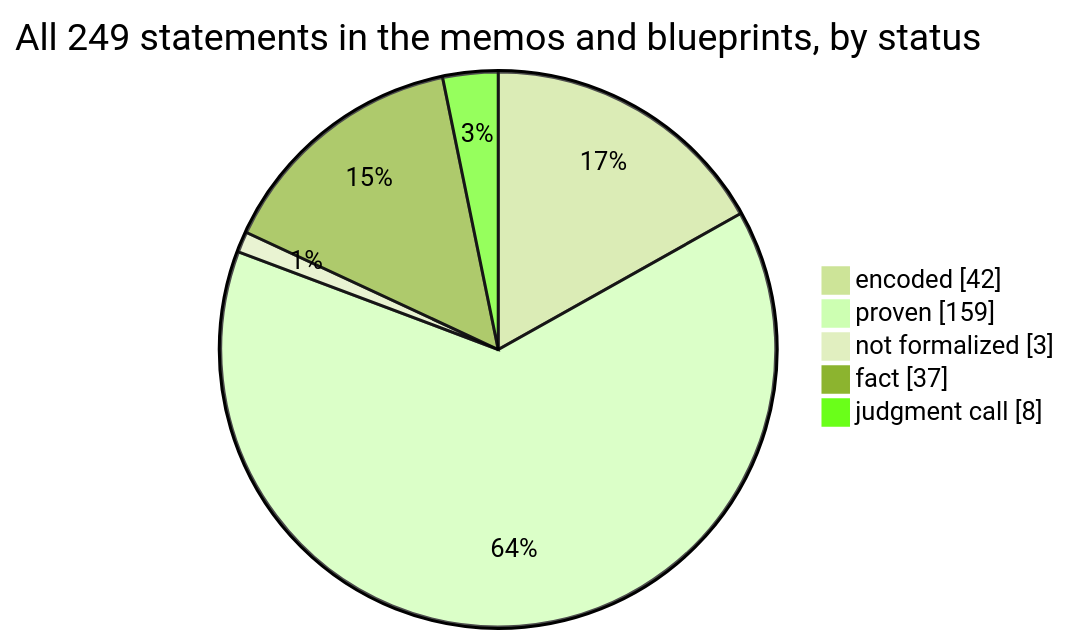
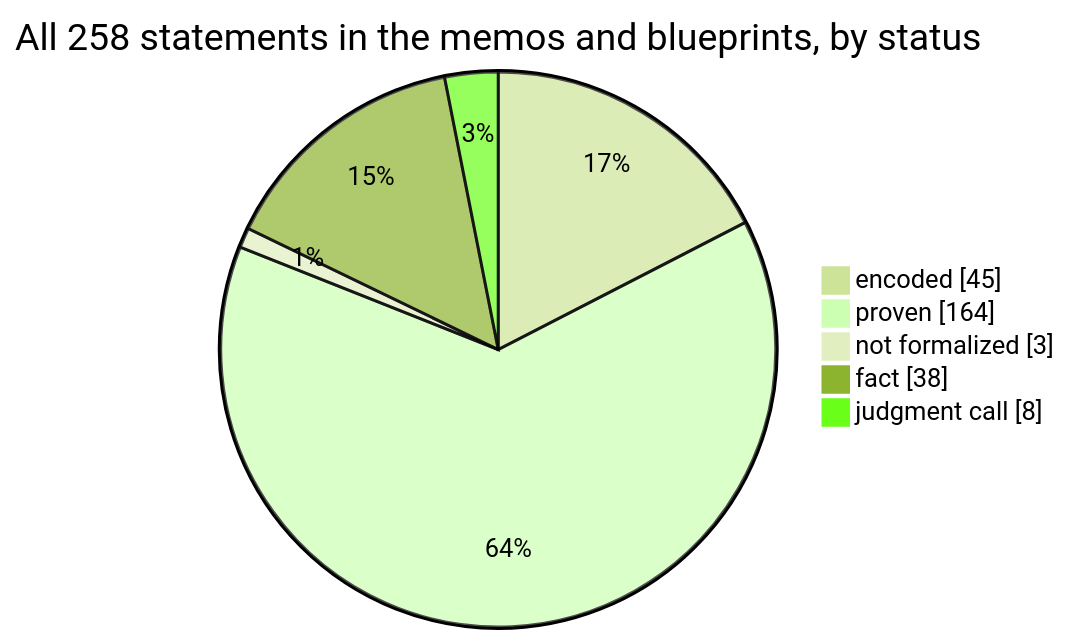
One commit to SeanWMurray/Canteen changed the first of 4 diagrams in docs/graphs/dashboard.md. Above: the diagram before and after it, drawn with Mermaid (forest theme). The commit also changed 9 other files, not shown here.

````diff
--- a/docs/graphs/dashboard.md
+++ b/docs/graphs/dashboard.md
@@ -11,8 +11,8 @@
 ```mermaid
-pie showData title All 249 statements in the memos and blueprints, by status
-    "encoded" : 42
-    "proven" : 159
+pie showData title All 258 statements in the memos and blueprints, by status
+    "encoded" : 45
+    "proven" : 164
     "not formalized" : 3
-    "fact" : 37
+    "fact" : 38
     "judgment call" : 8
 ```
````
